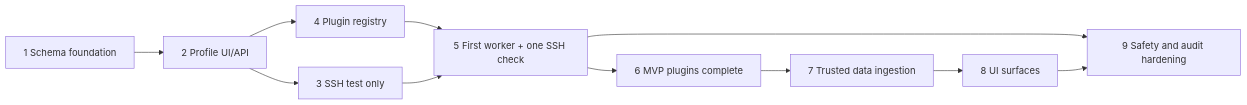
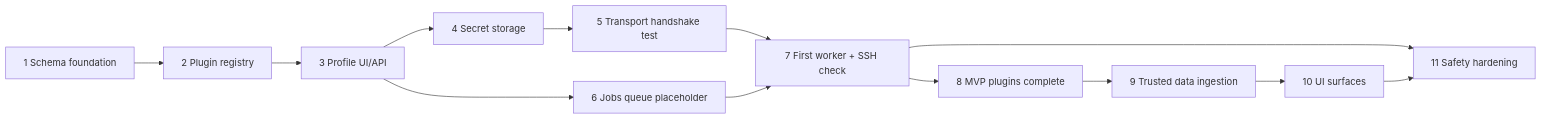
The first of 2 diagrams in docs/CREDENTIALED_CHECKS_MVP_PLAN.md (veddegre/surveytrace), drawn with Mermaid before and after one commit. The commit also changed other lines of this file and 56 other files, not shown here.

````diff
--- a/docs/CREDENTIALED_CHECKS_MVP_PLAN.md
+++ b/docs/CREDENTIALED_CHECKS_MVP_PLAN.md
@@ -18,22 +18,26 @@
 ```mermaid
 flowchart LR
   S1[1 Schema foundation]
-  S2[2 Profile UI/API]
-  S3[3 SSH test only]
-  S4[4 Plugin registry]
-  S5[5 First worker + one SSH check]
-  S6[6 MVP plugins complete]
-  S7[7 Trusted data ingestion]
-  S8[8 UI surfaces]
-  S9[9 Safety and audit hardening]
+  S2[2 Plugin registry]
+  S3[3 Profile UI/API]
+  S4[4 Secret storage]
+  S5[5 Transport handshake test]
+  S6[6 Jobs queue placeholder]
+  S7[7 First worker + SSH check]
+  S8[8 MVP plugins complete]
+  S9[9 Trusted data ingestion]
+  S10[10 UI surfaces]
+  S11[11 Safety hardening]
   S1 --> S2
   S2 --> S3
-  S2 --> S4
+  S3 --> S4
+  S3 --> S6
   S4 --> S5
-  S3 --> S5
-  S5 --> S6
+  S5 --> S7
   S6 --> S7
   S7 --> S8
-  S5 --> S9
   S8 --> S9
+  S9 --> S10
+  S7 --> S11
+  S10 --> S11
 ```
````
